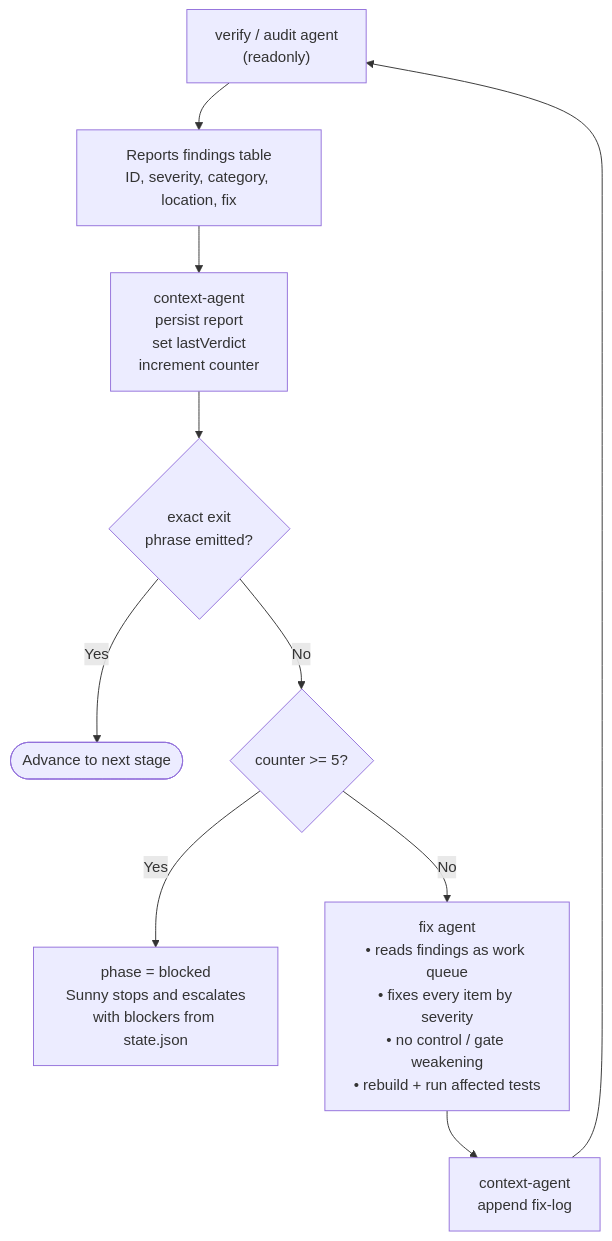
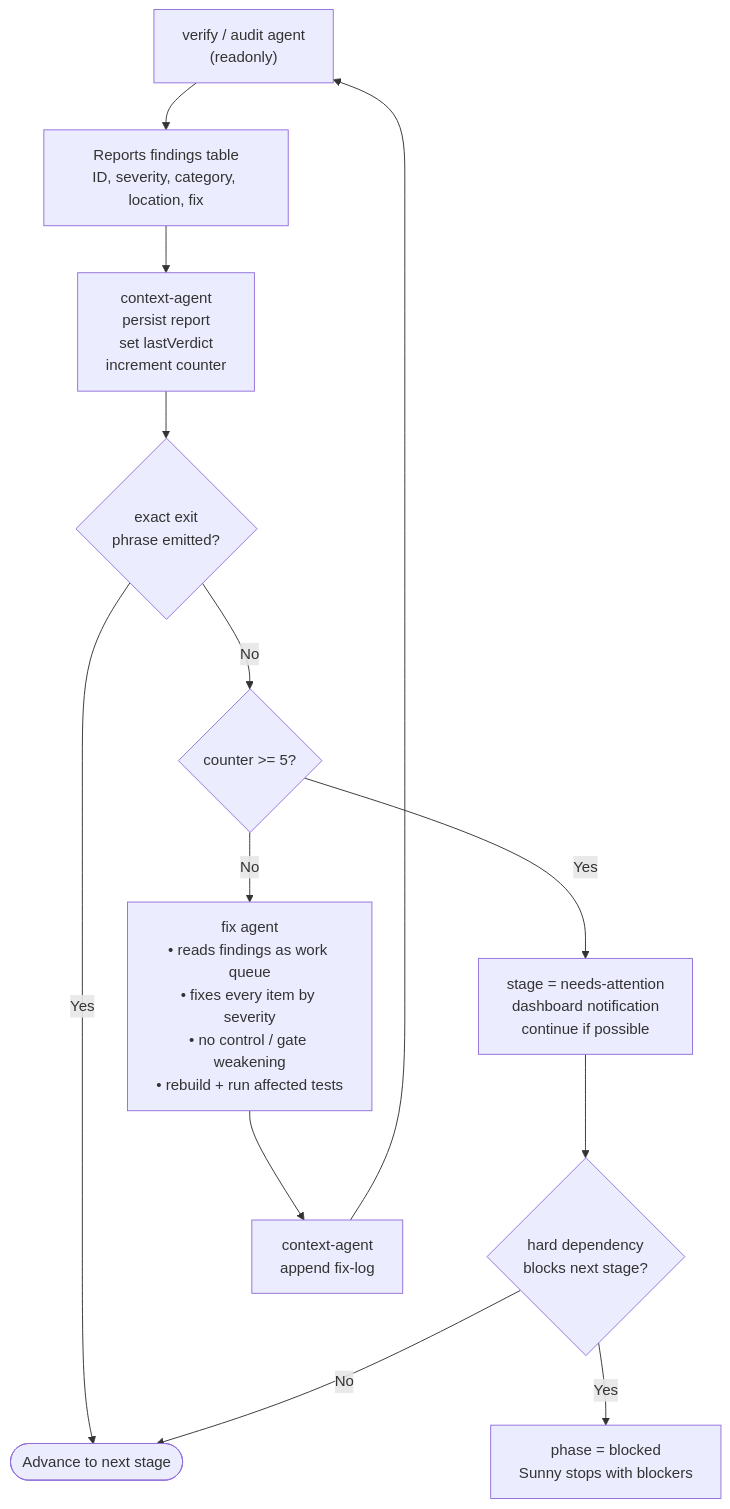
Diagram 13 of 16 in .cursor/agents/ARCHITECTURE.md (priyam-qo-box/agents), drawn with Mermaid before and after one commit. The commit also changed other lines of this file and 6 other files, not shown here.

````diff
--- a/.cursor/agents/ARCHITECTURE.md
+++ b/.cursor/agents/ARCHITECTURE.md
@@ -555,12 +555,15 @@
 ```mermaid
 flowchart TD
     V["verify / audit agent<br/>(readonly)"] --> R["Reports findings table<br/>ID, severity, category, location, fix"]
     R --> P["context-agent<br/>persist report<br/>set lastVerdict<br/>increment counter"]
     P --> Q{"exact exit<br/>phrase emitted?"}
     Q -->|Yes| Next([Advance to next stage])
     Q -->|No| Cap{"counter >= 5?"}
-    Cap -->|Yes| Blocked["phase = blocked<br/>Sunny stops and escalates<br/>with blockers from state.json"]
+    Cap -->|Yes| Attention["stage = needs-attention<br/>dashboard notification<br/>continue if possible"]
+    Attention --> Hard{"hard dependency<br/>blocks next stage?"}
+    Hard -->|Yes| Blocked["phase = blocked<br/>Sunny stops with blockers"]
+    Hard -->|No| Next
     Cap -->|No| Fix["fix agent<br/>• reads findings as work queue<br/>• fixes every item by severity<br/>• no control / gate weakening<br/>• rebuild + run affected tests"]
     Fix --> P2["context-agent<br/>append fix-log"]
     P2 --> V
 ```
````
